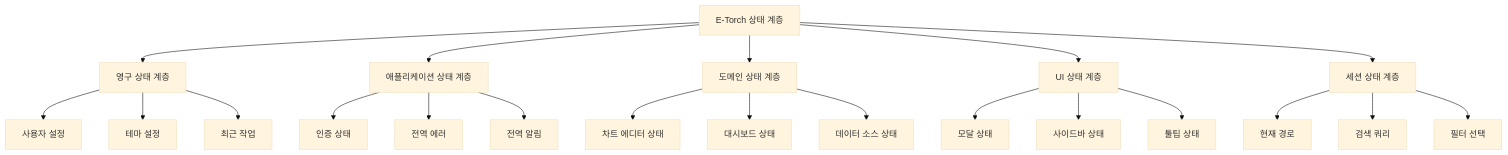
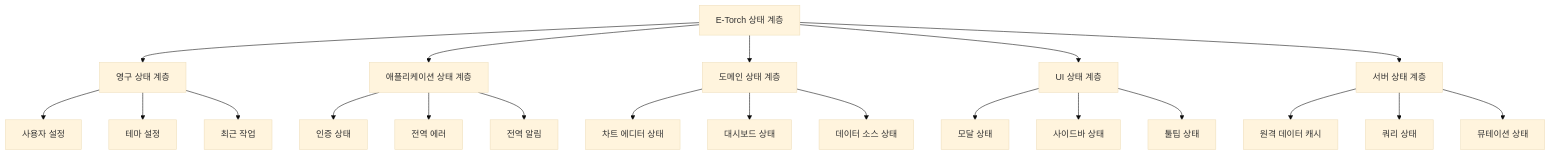
Before and after one commit to Seungwoo321/etorch-docs: the second of 2 diagrams in frontend/state-management.md, drawn with Mermaid (base theme). The commit also changed other lines of this file, not shown here.

````diff
--- a/frontend/state-management.md
+++ b/frontend/state-management.md
@@ -83,28 +83,28 @@
 ```mermaid
 graph TD
     A[E-Torch 상태 계층] --> B[영구 상태 계층]
     A --> C[애플리케이션 상태 계층]
     A --> D[도메인 상태 계층]
     A --> E[UI 상태 계층]
-    A --> F[세션 상태 계층]
+    A --> F[서버 상태 계층]
     
     B --> B1[사용자 설정]
     B --> B2[테마 설정]
     B --> B3[최근 작업]
     
     C --> C1[인증 상태]
     C --> C2[전역 에러]
     C --> C3[전역 알림]
     
     D --> D1[차트 에디터 상태]
     D --> D2[대시보드 상태]
     D --> D3[데이터 소스 상태]
     
     E --> E1[모달 상태]
     E --> E2[사이드바 상태]
     E --> E3[툴팁 상태]
     
-    F --> F1[현재 경로]
-    F --> F2[검색 쿼리]
-    F --> F3[필터 선택]
+    F --> F1[원격 데이터 캐시]
+    F --> F2[쿼리 상태]
+    F --> F3[뮤테이션 상태]
 ```
````
